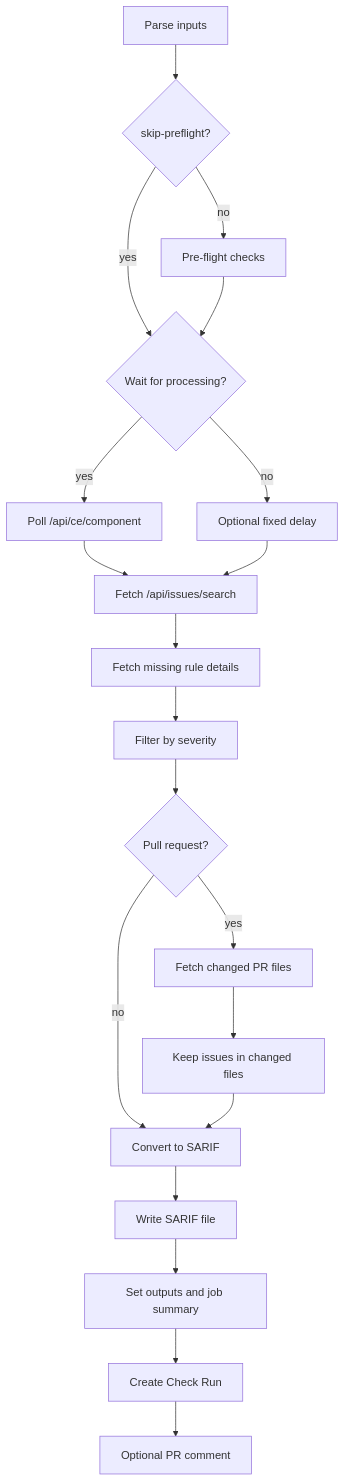
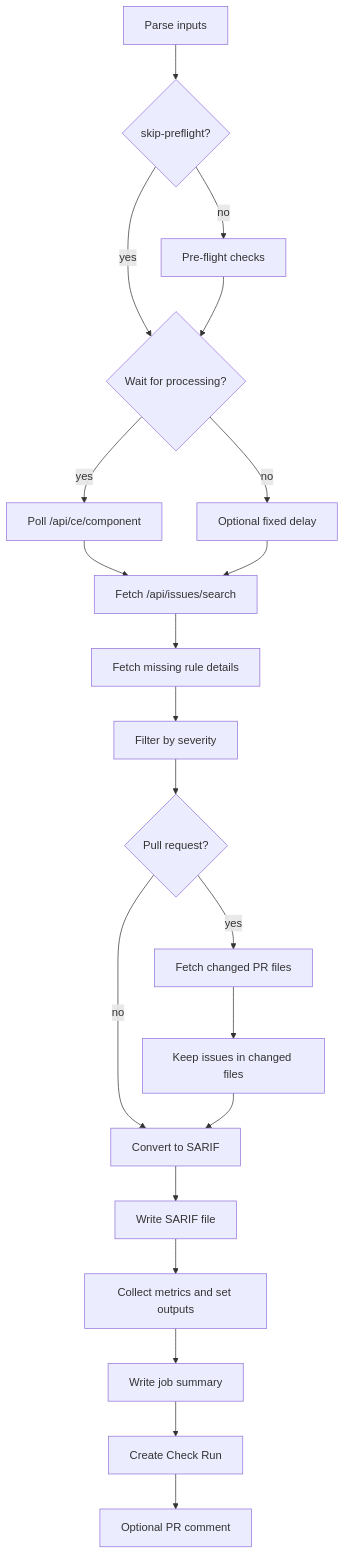
Before and after one commit to vmvarela/sonarqube-sarif: the diagram in docs/RFC-001-technical-design.md, drawn with Mermaid. The commit also changed other lines of this file and 1 other file, not shown here.

Commit message:
docs: fix documentation gaps found during audit
README.md:
- Add missing outputs: sarif-file-size-bytes, processing-time-ms, and
  API/pipeline metric outputs (api-request-count, pages-fetched, etc.)
- Clarify processing-delay: applies in both polling and non-polling
  modes, not only when wait-for-processing is false
- Clarify pr-comment default: auto-enabled in PR context, not a static
  boolean default
- Note that annotations are sorted by severity before the 50-cap is
  applied, so critical issues always survive

docs/RFC-001-technical-design.md:
- Update flowchart to split 'Set outputs' into 'Collect metrics and
  set outputs' + 'Write job summary' steps (reflecting actual code flow)
- Add processing-delay and annotation-sorting behaviours to Limits
  section

````diff
--- a/docs/RFC-001-technical-design.md
+++ b/docs/RFC-001-technical-design.md
@@ -40,22 +40,23 @@
 ```mermaid
 flowchart TD
     A[Parse inputs] --> B{skip-preflight?}
     B -->|no| C[Pre-flight checks]
     B -->|yes| D{Wait for processing?}
     C --> D
     D -->|yes| E[Poll /api/ce/component]
     D -->|no| F[Optional fixed delay]
     E --> G[Fetch /api/issues/search]
     F --> G
     G --> H[Fetch missing rule details]
     H --> I[Filter by severity]
     I --> J{Pull request?}
     J -->|yes| K[Fetch changed PR files]
     J -->|no| L[Convert to SARIF]
     K --> M[Keep issues in changed files]
     M --> L
     L --> N[Write SARIF file]
-    N --> O[Set outputs and job summary]
-    O --> P[Create Check Run]
-    P --> Q[Optional PR comment]
+    N --> O[Collect metrics and set outputs]
+    O --> P[Write job summary]
+    P --> Q[Create Check Run]
+    Q --> R[Optional PR comment]
 ```
````
